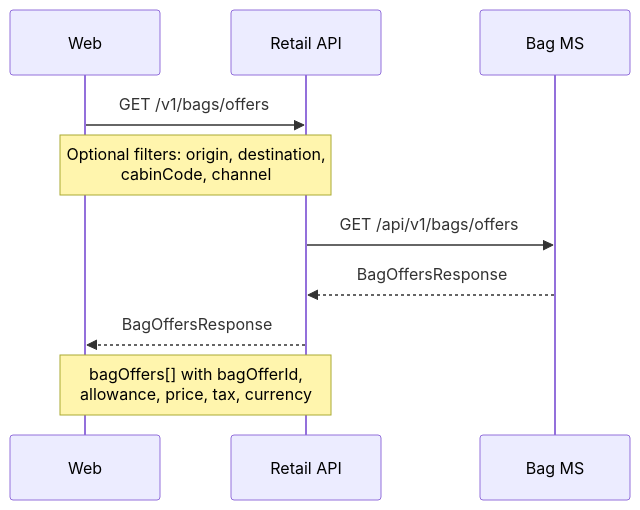
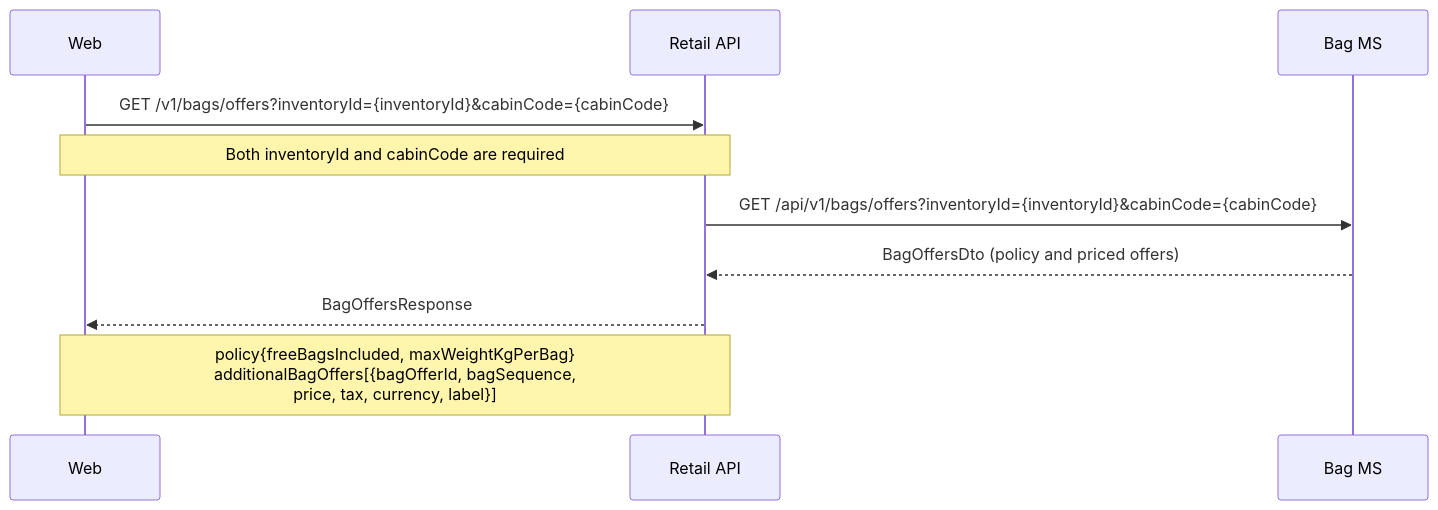
The second of 3 diagrams in documentation/sequences/ancillary.md (sebharvey/airline-reservation-system), drawn with Mermaid before and after one commit. The commit also changed other lines of this file and 1 other file, not shown here.

First line of the commit message:
Update seatmap, bag offers, seat and bag basket sequences to match implementation

````diff
--- a/documentation/sequences/ancillary.md
+++ b/documentation/sequences/ancillary.md
@@ -28,13 +45,13 @@
 ```mermaid
 sequenceDiagram
     participant Web
     participant RetailAPI as Retail API
     participant BagMS as Bag MS
 
-    Web->>RetailAPI: GET /v1/bags/offers
-    Note over Web,RetailAPI: Optional filters: origin, destination,<br/>cabinCode, channel
-    RetailAPI->>BagMS: GET /api/v1/bags/offers
-    BagMS-->>RetailAPI: BagOffersResponse
+    Web->>RetailAPI: GET /v1/bags/offers?inventoryId={inventoryId}&cabinCode={cabinCode}
+    Note over Web,RetailAPI: Both inventoryId and cabinCode are required
+    RetailAPI->>BagMS: GET /api/v1/bags/offers?inventoryId={inventoryId}&cabinCode={cabinCode}
+    BagMS-->>RetailAPI: BagOffersDto (policy and priced offers)
     RetailAPI-->>Web: BagOffersResponse
-    Note over RetailAPI,Web: bagOffers[] with bagOfferId,<br/>allowance, price, tax, currency
+    Note over RetailAPI,Web: policy{freeBagsIncluded, maxWeightKgPerBag}<br/>additionalBagOffers[{bagOfferId, bagSequence,<br/>price, tax, currency, label}]
 ```
````
